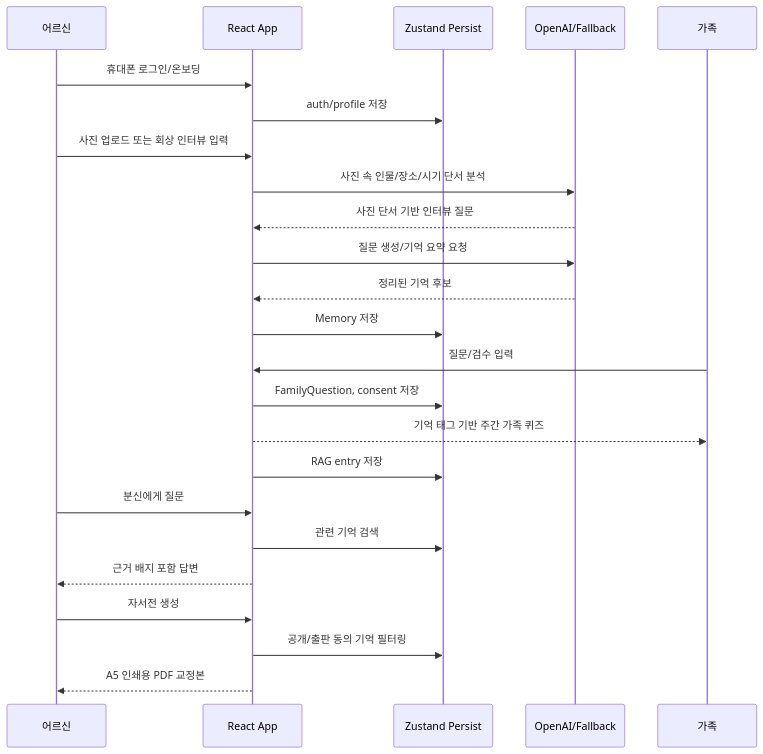
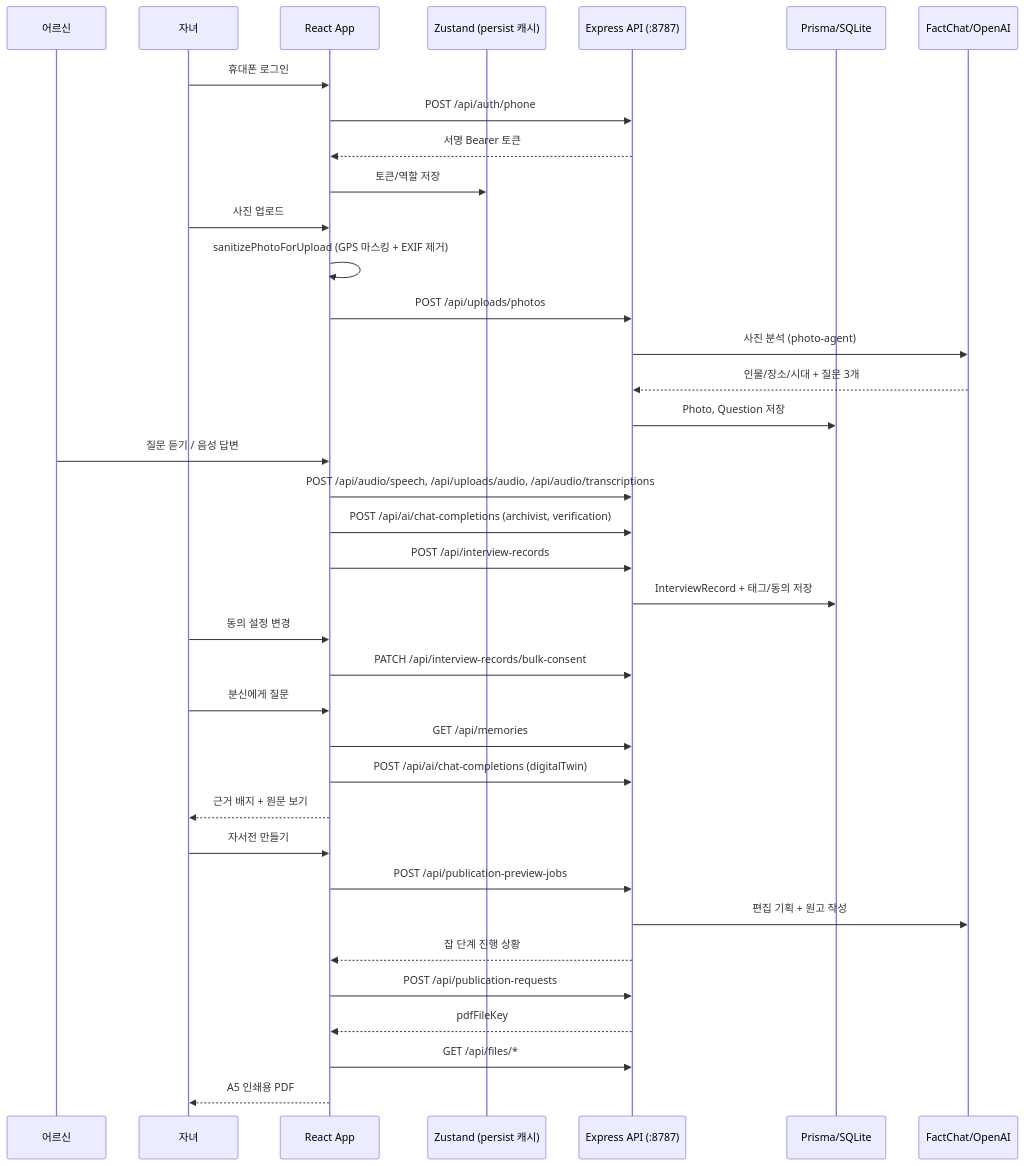
Before and after one commit to moondh99/dearlog: the second of 4 diagrams in docs/technical-architecture.md, drawn with Mermaid. The commit also changed other lines of this file and 27 other files, not shown here.

````diff
--- a/docs/technical-architecture.md
+++ b/docs/technical-architecture.md
@@ -45,27 +56,40 @@
 ```mermaid
 sequenceDiagram
-  participant User as 어르신
+  participant Parent as 어르신
+  participant Child as 자녀
   participant App as React App
-  participant Store as Zustand Persist
-  participant AI as OpenAI/Fallback
-  participant Family as 가족
+  participant Store as Zustand (persist 캐시)
+  participant API as Express API (:8787)
+  participant DB as Prisma/SQLite
+  participant AI as FactChat/OpenAI
 
-  User->>App: 휴대폰 로그인/온보딩
-  App->>Store: auth/profile 저장
-  User->>App: 사진 업로드 또는 회상 인터뷰 입력
-  App->>AI: 사진 속 인물/장소/시기 단서 분석
-  AI-->>App: 사진 단서 기반 인터뷰 질문
-  App->>AI: 질문 생성/기억 요약 요청
-  AI-->>App: 정리된 기억 후보
-  App->>Store: Memory 저장
-  Family->>App: 질문/검수 입력
-  App->>Store: FamilyQuestion, consent 저장
-  App-->>Family: 기억 태그 기반 주간 가족 퀴즈
-  App->>Store: RAG entry 저장
-  User->>App: 분신에게 질문
-  App->>Store: 관련 기억 검색
-  App-->>User: 근거 배지 포함 답변
-  User->>App: 자서전 생성
-  App->>Store: 공개/출판 동의 기억 필터링
-  App-->>User: A5 인쇄용 PDF 교정본
+  Child->>App: 휴대폰 로그인
+  App->>API: POST /api/auth/phone
+  API-->>App: 서명 Bearer 토큰
+  App->>Store: 토큰/역할 저장
+  Child->>App: 사진 업로드
+  App->>App: sanitizePhotoForUpload (GPS 마스킹 + EXIF 제거)
+  App->>API: POST /api/uploads/photos
+  API->>AI: 사진 분석 (photo-agent)
+  AI-->>API: 인물/장소/시대 + 질문 3개
+  API->>DB: Photo, Question 저장
+  Parent->>App: 질문 듣기 / 음성 답변
+  App->>API: POST /api/audio/speech, /api/uploads/audio, /api/audio/transcriptions
+  App->>API: POST /api/ai/chat-completions (archivist, verification)
+  App->>API: POST /api/interview-records
+  API->>DB: InterviewRecord + 태그/동의 저장
+  Child->>App: 동의 설정 변경
+  App->>API: PATCH /api/interview-records/bulk-consent
+  Child->>App: 분신에게 질문
+  App->>API: GET /api/memories
+  App->>API: POST /api/ai/chat-completions (digitalTwin)
+  App-->>Child: 근거 배지 + 원문 보기
+  Child->>App: 자서전 만들기
+  App->>API: POST /api/publication-preview-jobs
+  API->>AI: 편집 기획 + 원고 작성
+  API-->>App: 잡 단계 진행 상황
+  App->>API: POST /api/publication-requests
+  API-->>App: pdfFileKey
+  App->>API: GET /api/files/*
+  App-->>Child: A5 인쇄용 PDF
 ```
````
